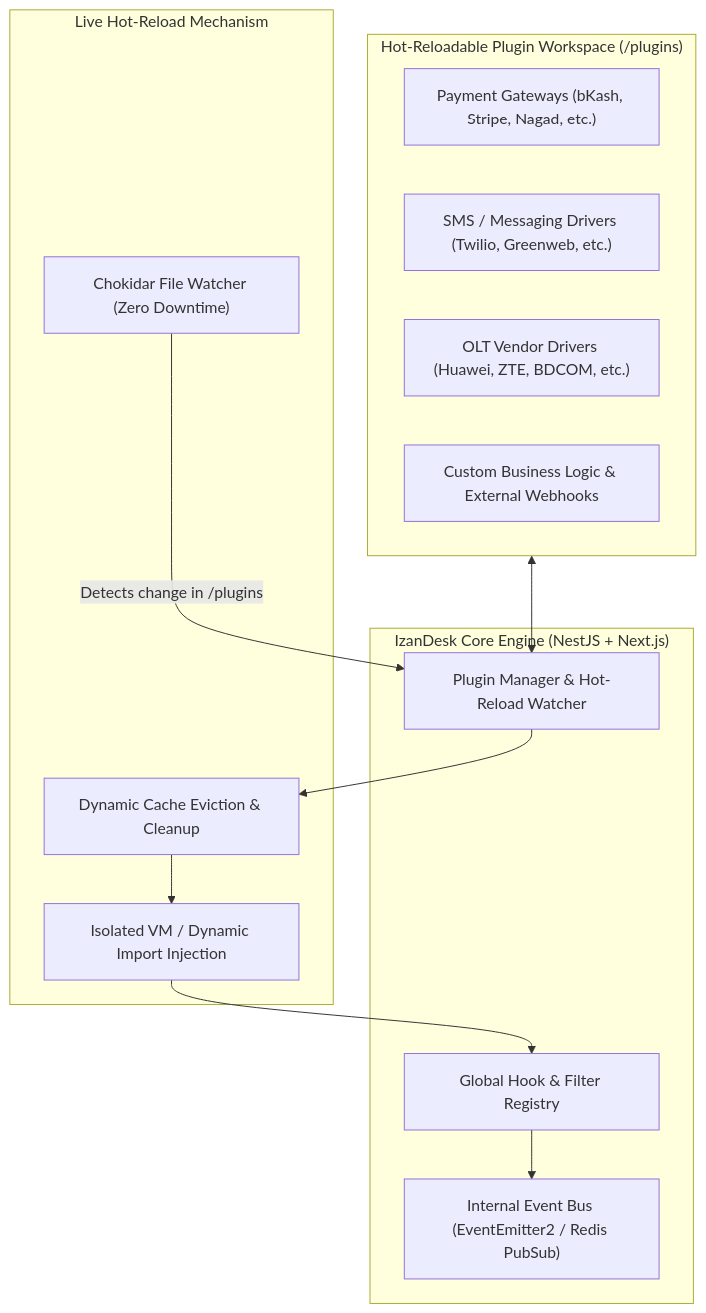
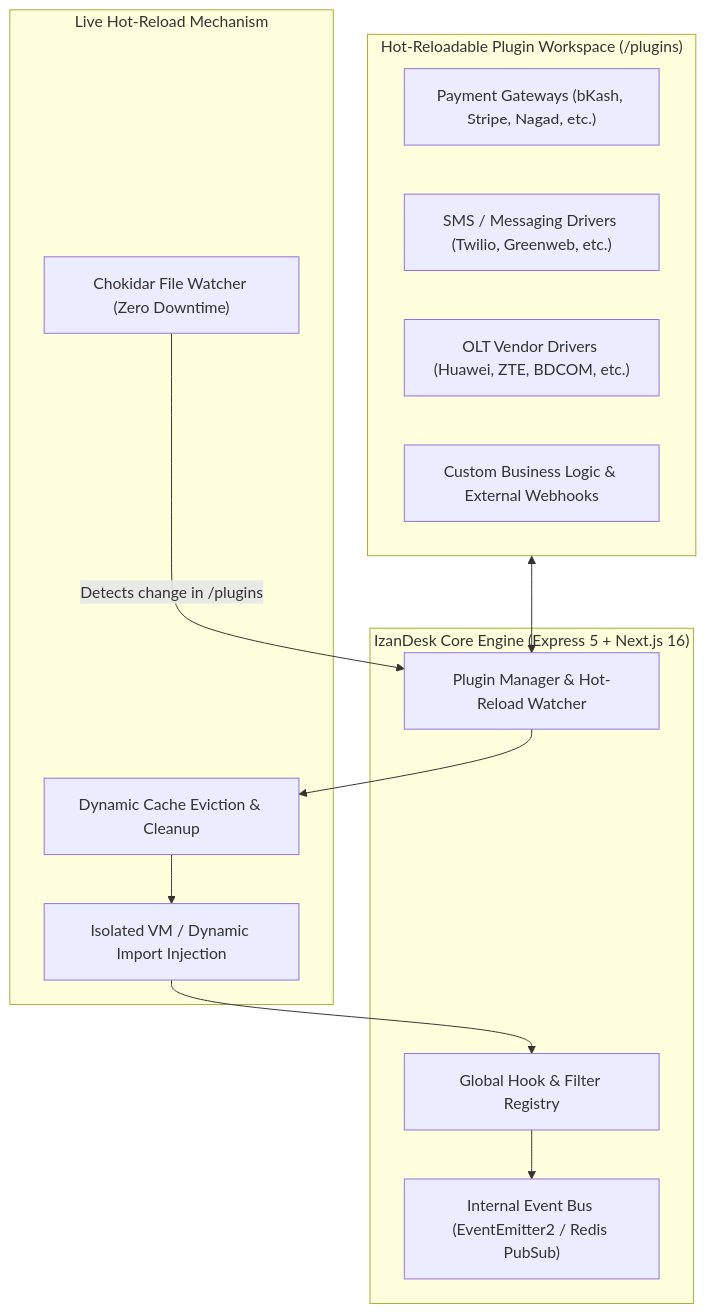
Before and after one commit to sarifulshikder/izandesk: the diagram in docs/izandesk_500_plus_feature_catalog.md, drawn with Mermaid. The commit also changed other lines of this file and 16 other files, not shown here.

````diff
--- a/docs/izandesk_500_plus_feature_catalog.md
+++ b/docs/izandesk_500_plus_feature_catalog.md
@@ -13,28 +13,28 @@
 ```mermaid
 flowchart TD
-    subgraph CoreEngine["IzanDesk Core Engine (NestJS + Next.js)"]
+    subgraph CoreEngine["IzanDesk Core Engine (Express 5 + Next.js 16)"]
         EventBus["Internal Event Bus (EventEmitter2 / Redis PubSub)"]
         HookRegistry["Global Hook & Filter Registry"]
         PluginManager["Plugin Manager & Hot-Reload Watcher"]
     end
 
     subgraph DynamicPlugins["Hot-Reloadable Plugin Workspace (/plugins)"]
         PaymentPlugins["Payment Gateways (bKash, Stripe, Nagad, etc.)"]
         SMSPlugins["SMS / Messaging Drivers (Twilio, Greenweb, etc.)"]
         OLTPlugins["OLT Vendor Drivers (Huawei, ZTE, BDCOM, etc.)"]
         CustomHooks["Custom Business Logic & External Webhooks"]
     end
 
     subgraph RuntimeReload["Live Hot-Reload Mechanism"]
         FileWatcher["Chokidar File Watcher (Zero Downtime)"]
         ModuleUnload["Dynamic Cache Eviction & Cleanup"]
         ModuleLoad["Isolated VM / Dynamic Import Injection"]
     end
 
     FileWatcher -->|Detects change in /plugins| PluginManager
     PluginManager --> ModuleUnload
     ModuleUnload --> ModuleLoad
     ModuleLoad --> HookRegistry
     HookRegistry --> EventBus
     DynamicPlugins <--> PluginManager
 ```
````
